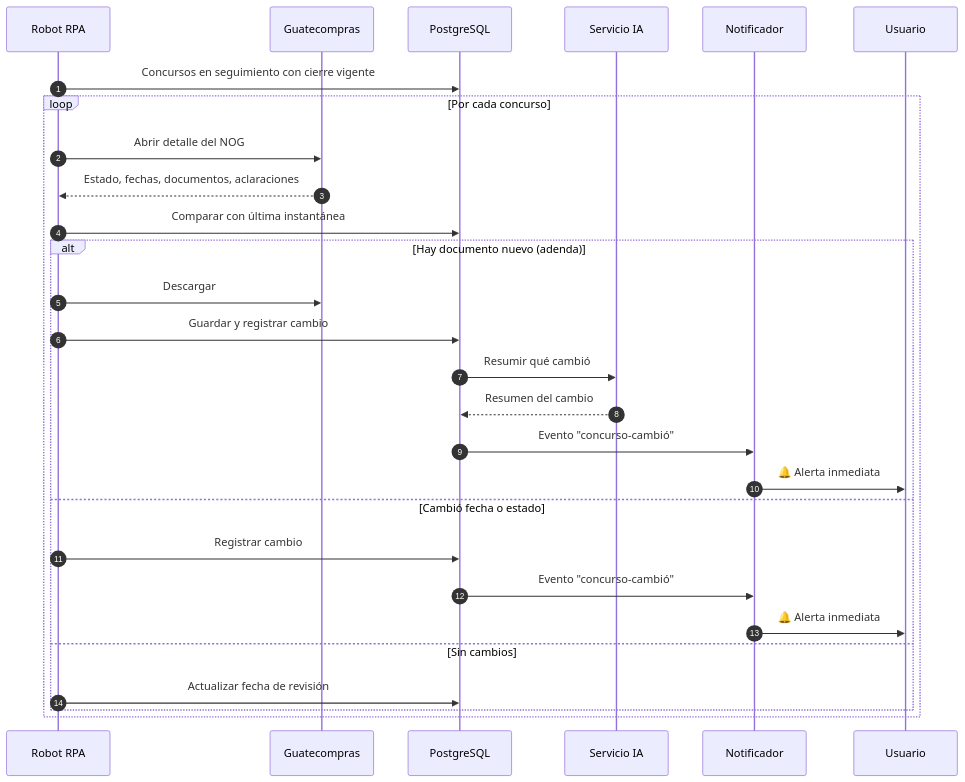
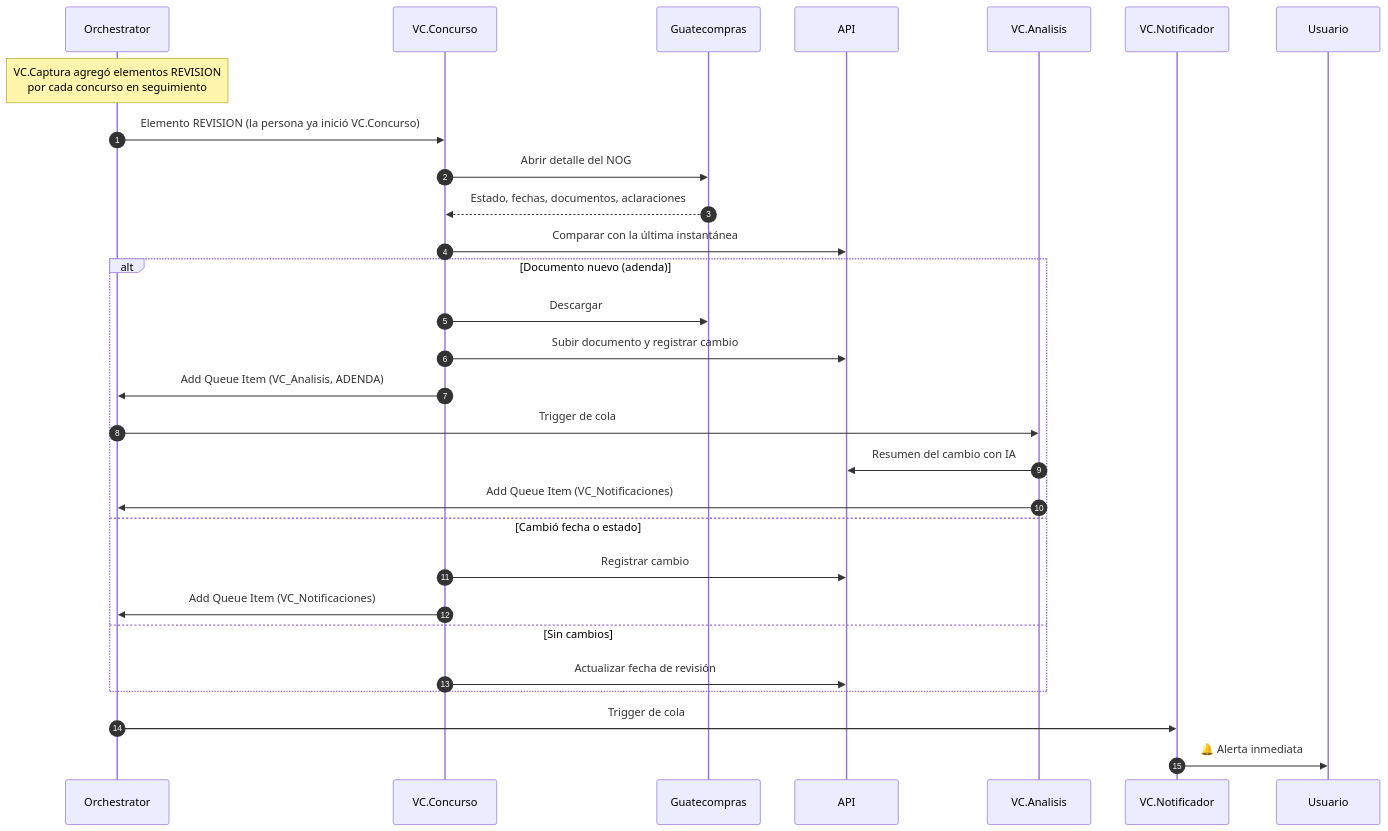
Before and after one commit to DenisArango/GuateComprasRPA: the fourth of 8 diagrams in docs/06-diagramas.md, drawn with Mermaid. The commit also changed other lines of this file and 776 other files, not shown here.

````diff
--- a/docs/06-diagramas.md
+++ b/docs/06-diagramas.md
@@ -124,31 +134,32 @@
 ```mermaid
 sequenceDiagram
     autonumber
-    participant BOT as Robot RPA
+    participant OR as Orchestrator
+    participant CON as VC.Concurso
     participant GC as Guatecompras
-    participant DB as PostgreSQL
-    participant IA as Servicio IA
-    participant NT as Notificador
+    participant API as API
+    participant ANA as VC.Analisis
+    participant NOT as VC.Notificador
     participant U as Usuario
 
-    BOT->>DB: Concursos en seguimiento con cierre vigente
-    loop Por cada concurso
-        BOT->>GC: Abrir detalle del NOG
-        GC-->>BOT: Estado, fechas, documentos, aclaraciones
-        BOT->>DB: Comparar con última instantánea
-        alt Hay documento nuevo (adenda)
-            BOT->>GC: Descargar
-            BOT->>DB: Guardar y registrar cambio
-            DB->>IA: Resumir qué cambió
-            IA-->>DB: Resumen del cambio
-            DB->>NT: Evento "concurso-cambió"
-            NT->>U: 🔔 Alerta inmediata
-        else Cambió fecha o estado
-            BOT->>DB: Registrar cambio
-            DB->>NT: Evento "concurso-cambió"
-            NT->>U: 🔔 Alerta inmediata
-        else Sin cambios
-            BOT->>DB: Actualizar fecha de revisión
-        end
+    Note over OR: VC.Captura agregó elementos REVISION<br/>por cada concurso en seguimiento
+    OR->>CON: Elemento REVISION (la persona ya inició VC.Concurso)
+    CON->>GC: Abrir detalle del NOG
+    GC-->>CON: Estado, fechas, documentos, aclaraciones
+    CON->>API: Comparar con la última instantánea
+    alt Documento nuevo (adenda)
+        CON->>GC: Descargar
+        CON->>API: Subir documento y registrar cambio
+        CON->>OR: Add Queue Item (VC_Analisis, ADENDA)
+        OR->>ANA: Trigger de cola
+        ANA->>API: Resumen del cambio con IA
+        ANA->>OR: Add Queue Item (VC_Notificaciones)
+    else Cambió fecha o estado
+        CON->>API: Registrar cambio
+        CON->>OR: Add Queue Item (VC_Notificaciones)
+    else Sin cambios
+        CON->>API: Actualizar fecha de revisión
     end
+    OR->>NOT: Trigger de cola
+    NOT->>U: 🔔 Alerta inmediata
 ```
````
